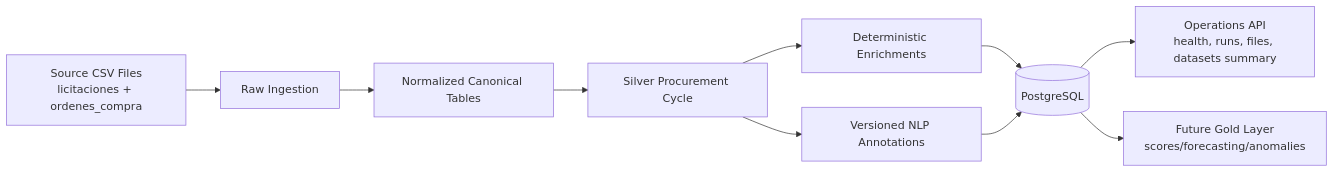
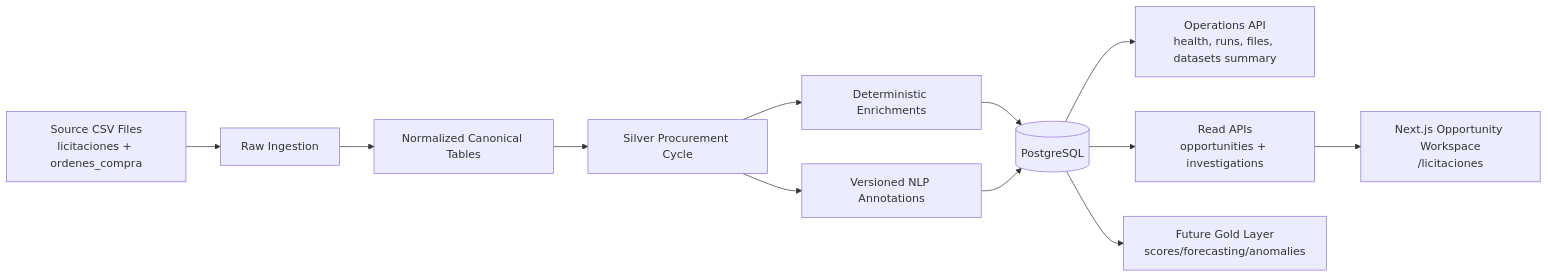
Before and after one commit to nicolasenriquez/omnibid: the first of 2 diagrams in README.md, drawn with Mermaid. The commit also changed other lines of this file and 43 other files, not shown here.

````diff
--- a/README.md
+++ b/README.md
@@ -65,12 +73,14 @@
 ```mermaid
 flowchart LR
   A[Source CSV Files<br/>licitaciones + ordenes_compra] --> B[Raw Ingestion]
   B --> C[Normalized Canonical Tables]
   C --> D[Silver Procurement Cycle]
   D --> E[Deterministic Enrichments]
   D --> F[Versioned NLP Annotations]
   E --> G[(PostgreSQL)]
   F --> G
   G --> H[Operations API<br/>health, runs, files, datasets summary]
-  G --> I[Future Gold Layer<br/>scores/forecasting/anomalies]
+  G --> I[Read APIs<br/>opportunities + investigations]
+  I --> J[Next.js Opportunity Workspace<br/>/licitaciones]
+  G --> K[Future Gold Layer<br/>scores/forecasting/anomalies]
 ```
````
